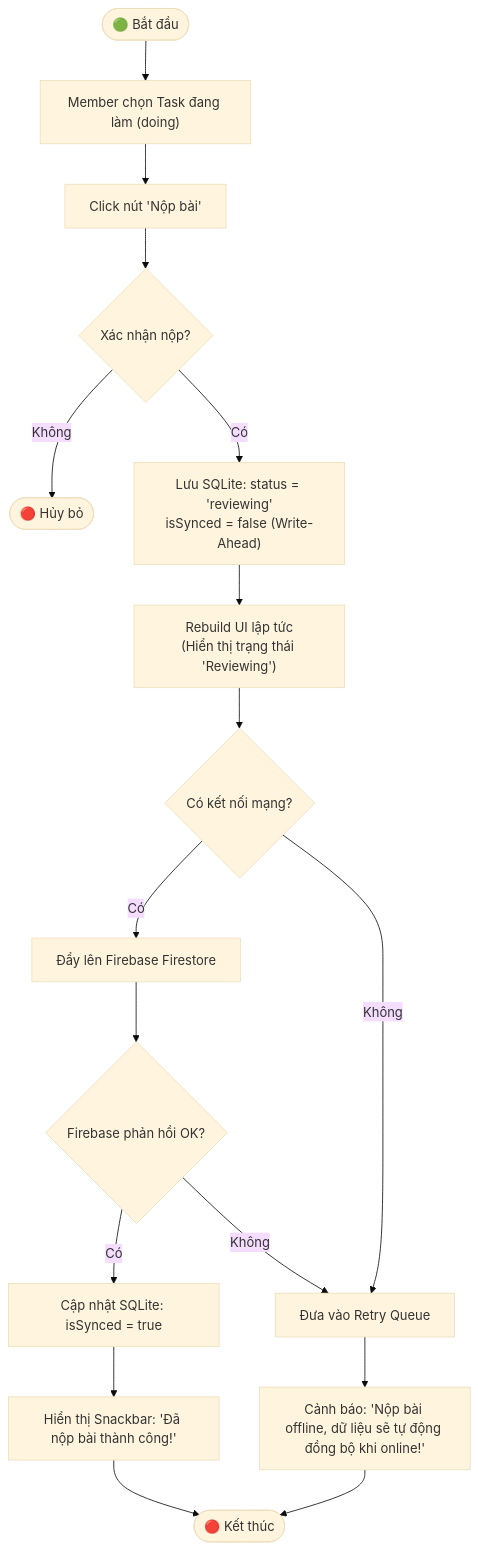
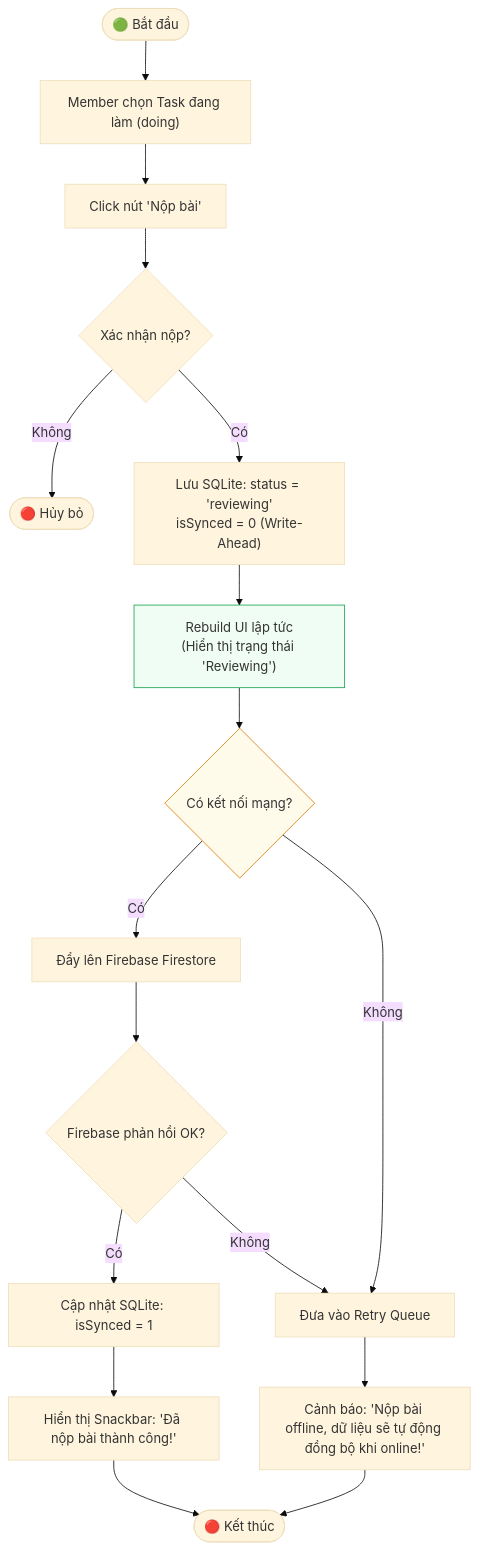
Before and after one commit to ttt-huong/TaskFlow_Huong_Thuong_Cuong_N03_1_2026: the seventh of 24 diagrams in docs/uml_va_luong_hoat_dong.md, drawn with Mermaid (base theme). The commit also changed other lines of this file and 3 other files, not shown here.

Commit message:
docs: redesign UML diagrams and add final course reports

````diff
--- a/docs/uml_va_luong_hoat_dong.md
+++ b/docs/uml_va_luong_hoat_dong.md
@@ -259,24 +385,27 @@
 ```mermaid
 flowchart TD
     START(["🟢 Bắt đầu"]) --> MEMBER_SELECT["Member chọn Task đang làm (doing)"]
     MEMBER_SELECT --> CLICK_SUBMIT["Click nút 'Nộp bài'"]
     CLICK_SUBMIT --> CONFIRM{"Xác nhận nộp?"}
     CONFIRM -- Không --> END_CANCEL(["🔴 Hủy bỏ"])
     
-    CONFIRM -- Có --> UPDATE_LOCAL["Lưu SQLite: status = 'reviewing'\nisSynced = false (Write-Ahead)"]
+    CONFIRM -- Có --> UPDATE_LOCAL["Lưu SQLite: status = 'reviewing'\nisSynced = 0 (Write-Ahead)"]
     UPDATE_LOCAL --> OPTIMISTIC_UI["Rebuild UI lập tức\n(Hiển thị trạng thái 'Reviewing')"]
     
     OPTIMISTIC_UI --> CHECK_NET{"Có kết nối mạng?"}
     CHECK_NET -- Có --> PUSH_CLOUD["Đẩy lên Firebase Firestore"]
     PUSH_CLOUD --> SYNC_OK{"Firebase phản hồi OK?"}
     
-    SYNC_OK -- Có --> MARK_SYNCED["Cập nhật SQLite: isSynced = true"]
+    SYNC_OK -- Có --> MARK_SYNCED["Cập nhật SQLite: isSynced = 1"]
     MARK_SYNCED --> NOTIFY["Hiển thị Snackbar: 'Đã nộp bài thành công!'"]
     NOTIFY --> END_SUCCESS(["🔴 Kết thúc"])
     
     SYNC_OK -- Không --> QUEUE_SYNC["Đưa vào Retry Queue"]
     CHECK_NET -- Không --> QUEUE_SYNC
     
     QUEUE_SYNC --> QUEUE_PENDING["Cảnh báo: 'Nộp bài offline, dữ liệu sẽ tự động đồng bộ khi online!'"]
     QUEUE_PENDING --> END_SUCCESS
+
+    style CHECK_NET fill:#fffbeb,stroke:#d97706
+    style OPTIMISTIC_UI fill:#f0fdf4,stroke:#16a34a
 ```
````
